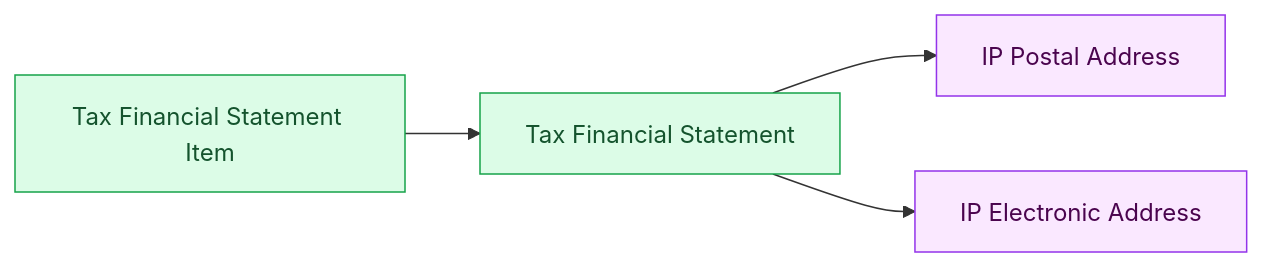
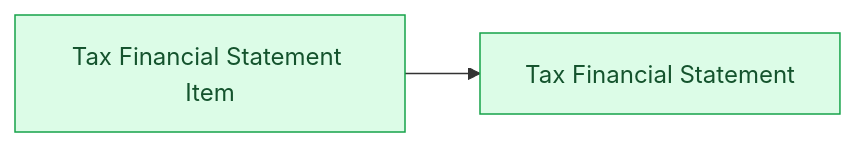
The fourth of 6 diagrams in Silver/hld/DCST_relationship_diagram.md (chien1198/ubck_atomic_design), drawn with Mermaid before and after one commit. The commit also changed other lines of this file, not shown here.

````diff
--- a/Silver/hld/DCST_relationship_diagram.md
+++ b/Silver/hld/DCST_relationship_diagram.md
@@ -87,14 +87,9 @@
 ```mermaid
 graph LR
     classDef silver fill:#dcfce7,stroke:#16a34a,color:#14532d
-    classDef shared fill:#fae8ff,stroke:#9333ea,color:#4a044e
 
     TFS[Tax Financial Statement]:::silver
     TFSI[Tax Financial Statement Item]:::silver
-    ADDR2[IP Postal Address]:::shared
-    EADDR2[IP Electronic Address]:::shared
 
     TFSI --> TFS
-    TFS --> ADDR2
-    TFS --> EADDR2
 ```
````
